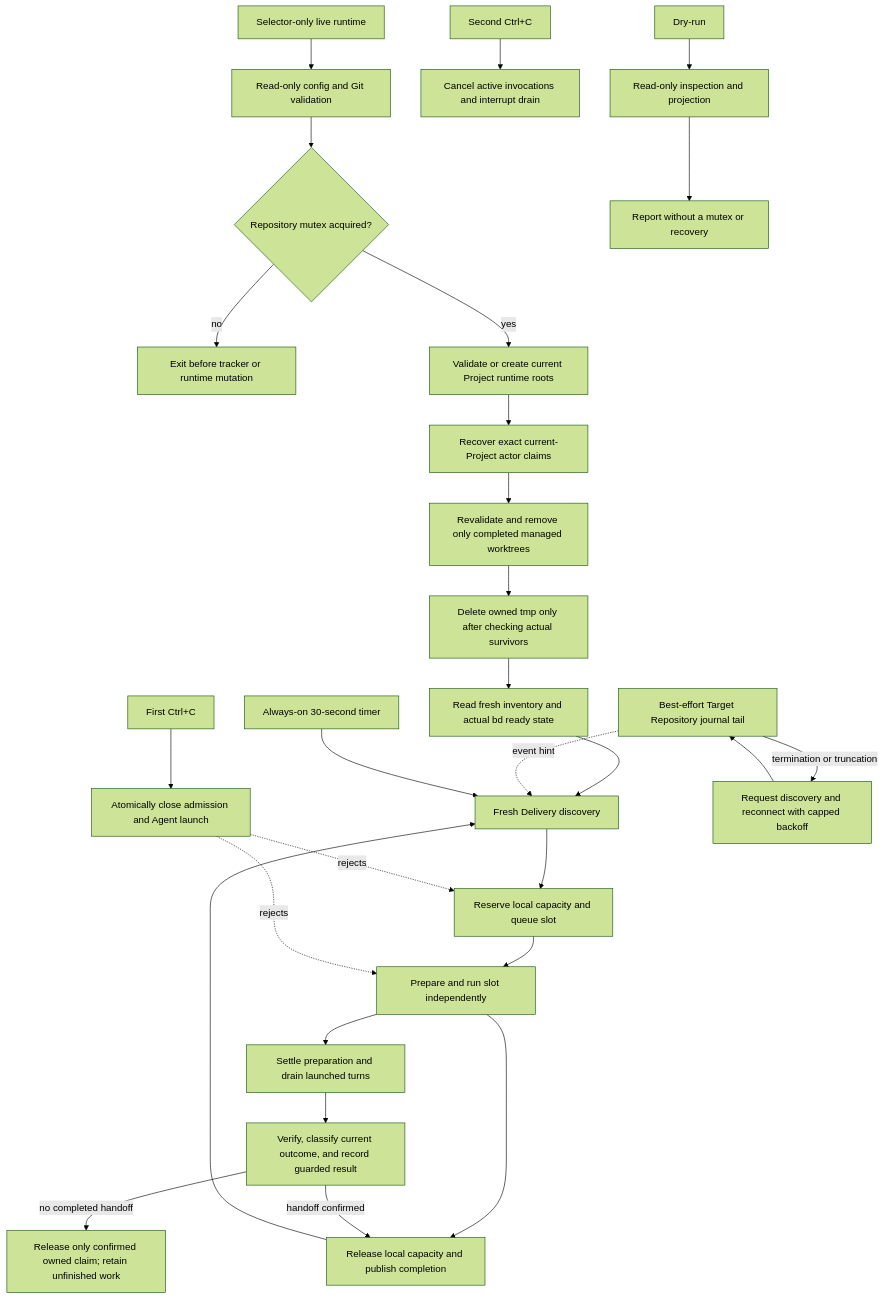
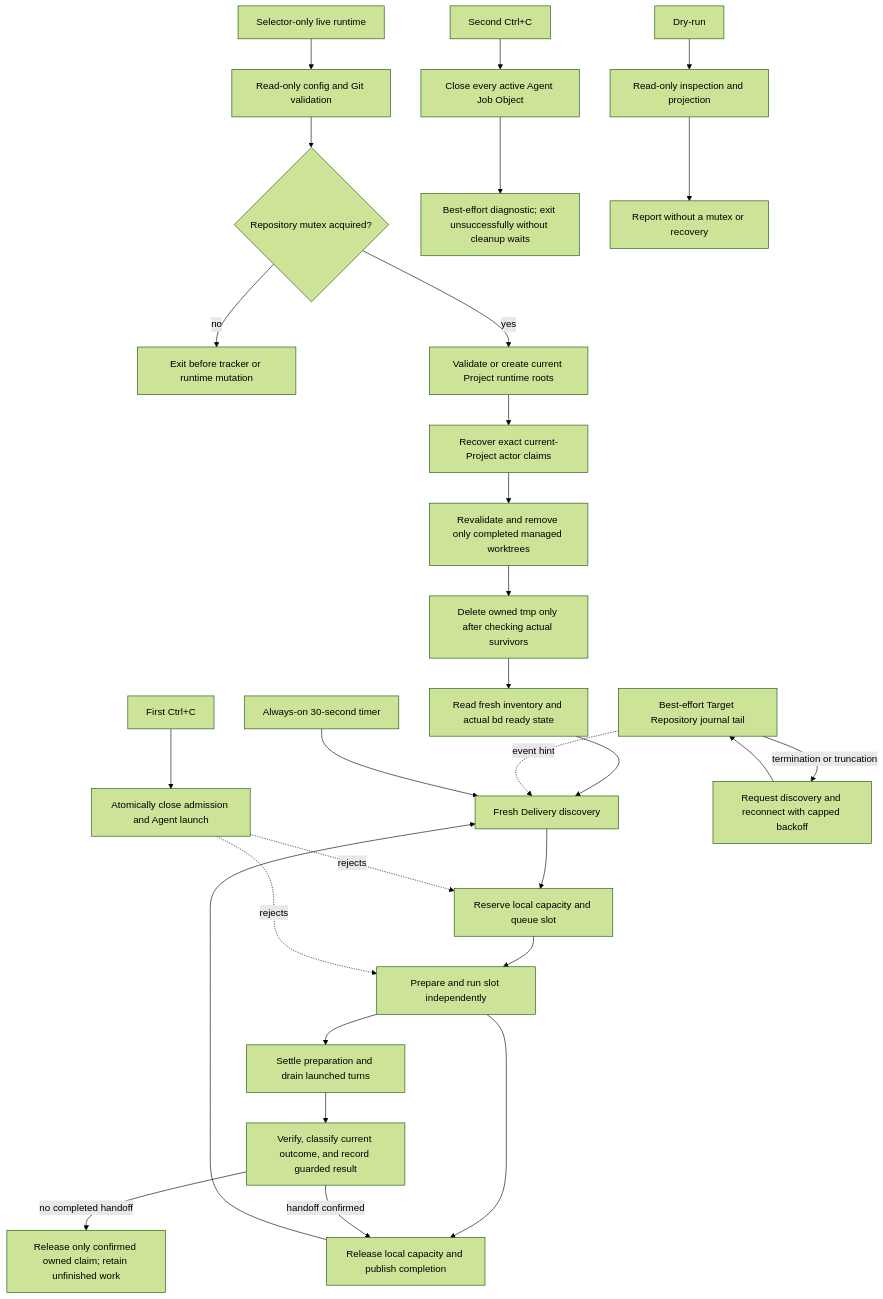
The third of 3 diagrams in SPEC.md (mgasparel/nightweaver), drawn with Mermaid (forest theme) before and after one commit. The commit also changed other lines of this file and 11 other files, not shown here.

Commit message:
Add force-stop termination for active Agent jobs

````diff
--- a/SPEC.md
+++ b/SPEC.md
@@ -229,30 +229,31 @@
 ```mermaid
 flowchart TD
     Live[Selector-only live runtime] --> Validate[Read-only config and Git validation]
     Validate --> Mutex{Repository mutex acquired?}
     Mutex -- no --> Loser[Exit before tracker or runtime mutation]
     Mutex -- yes --> Roots[Validate or create current Project runtime roots]
     Roots --> Recovery[Recover exact current-Project actor claims]
     Recovery --> Sweep[Revalidate and remove only completed managed worktrees]
     Sweep --> Tmp[Delete owned tmp only after checking actual survivors]
     Tmp --> Actual[Read fresh inventory and actual bd ready state]
     Actual --> Discover[Fresh Delivery discovery]
     Discover --> Reserve[Reserve local capacity and queue slot]
     Reserve --> Slot[Prepare and run slot independently]
     Slot --> Complete[Release local capacity and publish completion]
     Complete --> Discover
     FirstStop[First Ctrl+C] --> StopGate[Atomically close admission and Agent launch]
     StopGate -. rejects .-> Reserve
     StopGate -. rejects .-> Slot
     Slot --> Drain[Settle preparation and drain launched turns]
     Drain --> Record[Verify, classify current outcome, and record guarded result]
     Record -->|no completed handoff| Finalize[Release only confirmed owned claim; retain unfinished work]
     Record -->|handoff confirmed| Complete
-    SecondStop[Second Ctrl+C] --> ForceCancel[Cancel active invocations and interrupt drain]
+    SecondStop[Second Ctrl+C] --> ForceClose[Close every active Agent Job Object]
+    ForceClose --> ForceExit[Best-effort diagnostic; exit unsuccessfully without cleanup waits]
     JournalTail[Best-effort Target Repository journal tail] -. event hint .-> Discover
     JournalTail -->|termination or truncation| Reconnect[Request discovery and reconnect with capped backoff]
     Reconnect --> JournalTail
     Timer[Always-on 30-second timer] --> Discover
     DryRun[Dry-run] --> Inspect[Read-only inspection and projection]
     Inspect --> Report[Report without a mutex or recovery]
 ```
````
